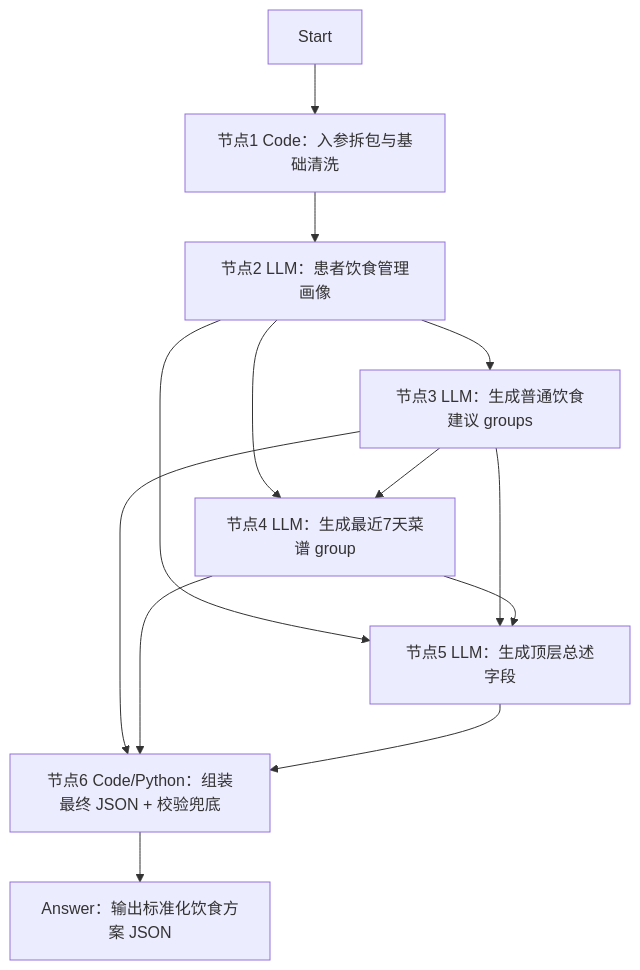
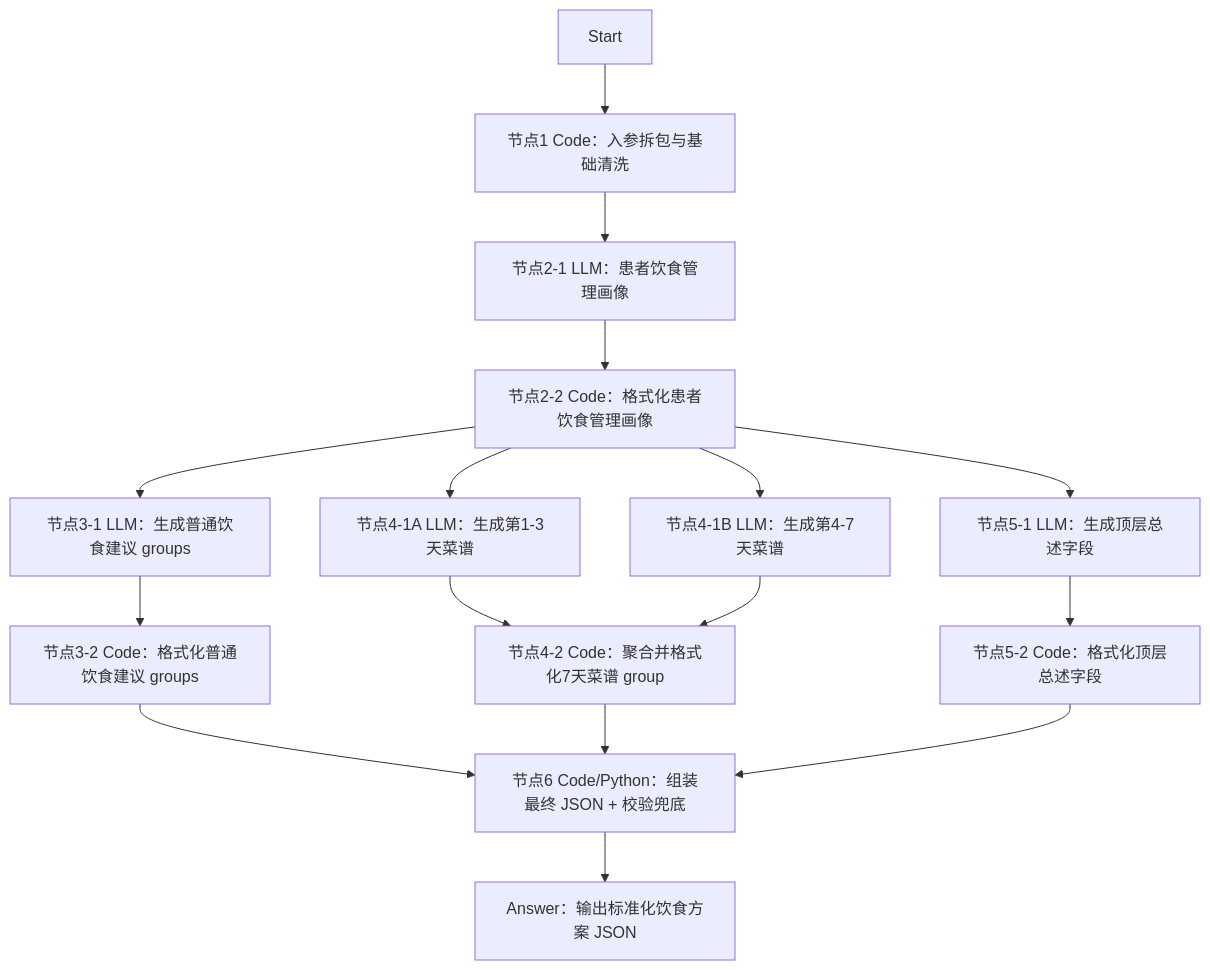
The diagram in 【专项】干预方案/02-DIFY工程/饮食方案工作流设计总览.md (tristankeyima-beep/hcare), drawn with Mermaid before and after one commit. The commit also changed other lines of this file and 21 other files, not shown here.

````diff
--- a/【专项】干预方案/02-DIFY工程/饮食方案工作流设计总览.md
+++ b/【专项】干预方案/02-DIFY工程/饮食方案工作流设计总览.md
@@ -45,20 +45,23 @@
 ```mermaid
 flowchart TB
   A["Start"] --> B["节点1 Code：入参拆包与基础清洗"]
 
-  B --> C["节点2 LLM：患者饮食管理画像"]
+  B --> C1["节点2-1 LLM：患者饮食管理画像"]
+  C1 --> C["节点2-2 Code：格式化患者饮食管理画像"]
 
-  C --> D["节点3 LLM：生成普通饮食建议 groups"]
-  C --> E["节点4 LLM：生成最近7天菜谱 group"]
-  D --> E
+  C --> D1["节点3-1 LLM：生成普通饮食建议 groups"]
+  D1 --> D["节点3-2 Code：格式化普通饮食建议 groups"]
+  C --> E1A["节点4-1A LLM：生成第1-3天菜谱"]
+  C --> E1B["节点4-1B LLM：生成第4-7天菜谱"]
+  E1A --> E["节点4-2 Code：聚合并格式化7天菜谱 group"]
+  E1B --> E
 
-  C --> F["节点5 LLM：生成顶层总述字段"]
-  D --> F
-  E --> F
+  C --> F1["节点5-1 LLM：生成顶层总述字段"]
+  F1 --> F["节点5-2 Code：格式化顶层总述字段"]
 
   D --> G["节点6 Code/Python：组装最终 JSON + 校验兜底"]
   E --> G
   F --> G
 
   G --> H["Answer：输出标准化饮食方案 JSON"]
 ```
````
